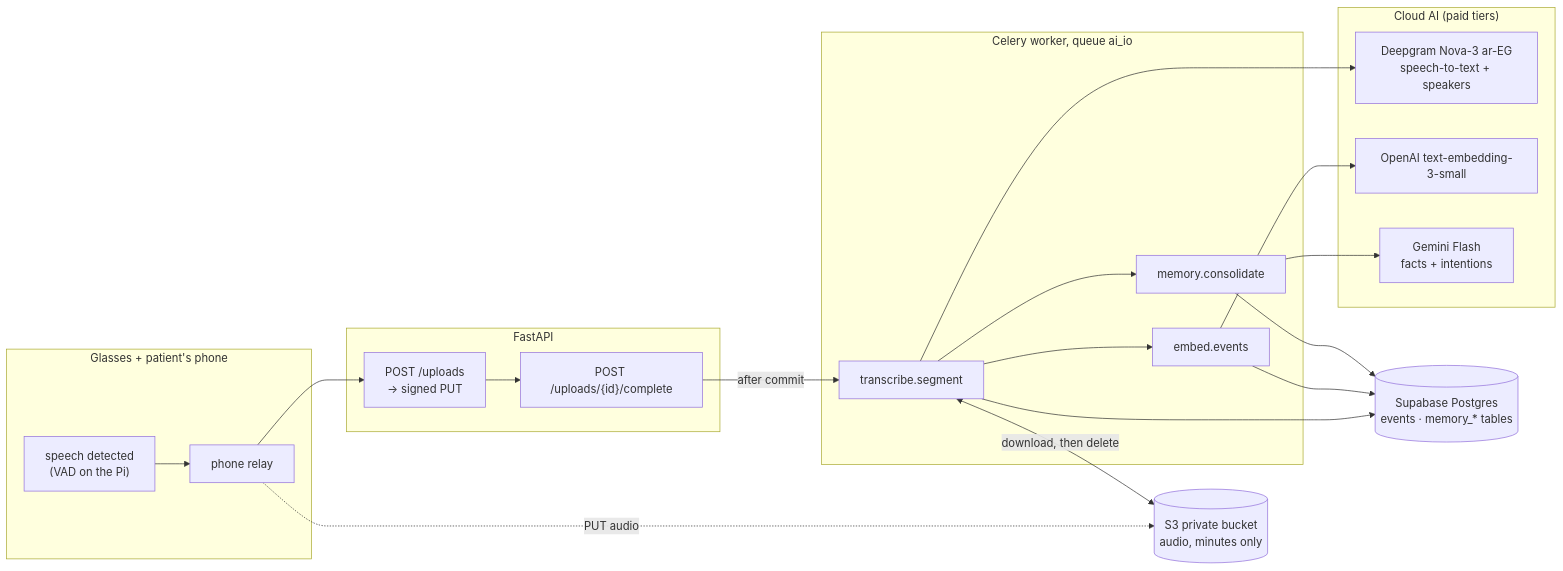
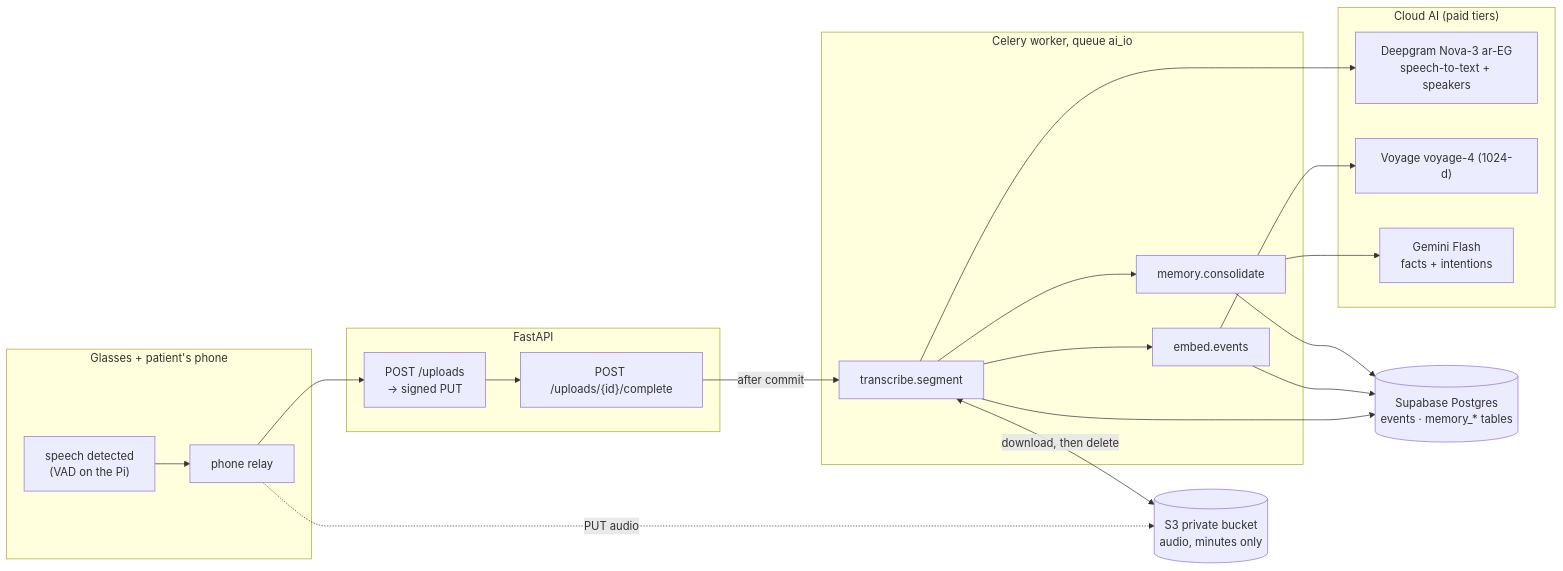
Before and after one commit to AhmedMostafaDev12/Graduation_project_2: the first of 6 diagrams in backend-ai/docs/REPORT_PHASE_7.md, drawn with Mermaid. The commit also changed other lines of this file and 13 other files, not shown here.

First line of the commit message:
backend(ai): embeddings move to Voyage voyage-4, text vectors 1536 -> 1024 (spec D15)

````diff
--- a/backend-ai/docs/REPORT_PHASE_7.md
+++ b/backend-ai/docs/REPORT_PHASE_7.md
@@ -11,28 +11,28 @@
 ```mermaid
 flowchart LR
     subgraph G["Glasses + patient's phone"]
         mic["speech detected<br/>(VAD on the Pi)"] --> relay["phone relay"]
     end
     subgraph API["FastAPI"]
         up["POST /uploads<br/>→ signed PUT"] --> done["POST /uploads/{id}/complete"]
     end
     s3[("S3 private bucket<br/>audio, minutes only")]
     subgraph W["Celery worker, queue ai_io"]
         t1["transcribe.segment"] --> t2["embed.events"]
         t1 --> t3["memory.consolidate"]
     end
     subgraph AI["Cloud AI (paid tiers)"]
         dg["Deepgram Nova-3 ar-EG<br/>speech-to-text + speakers"]
-        oa["OpenAI text-embedding-3-small"]
+        oa["Voyage voyage-4 (1024-d)"]
         gm["Gemini Flash<br/>facts + intentions"]
     end
     db[("Supabase Postgres<br/>events · memory_* tables")]
     relay --> up
     relay -.->|"PUT audio"| s3
     done -->|"after commit"| t1
     t1 <-->|"download, then delete"| s3
     t1 --> dg
     t2 --> oa
     t3 --> gm
     t1 & t2 & t3 --> db
 ```
````
